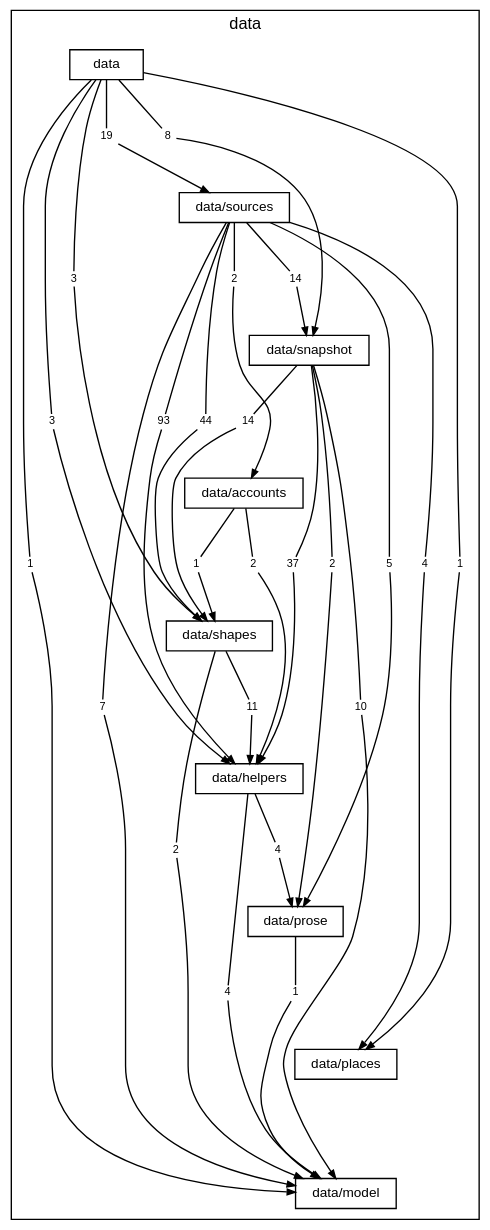
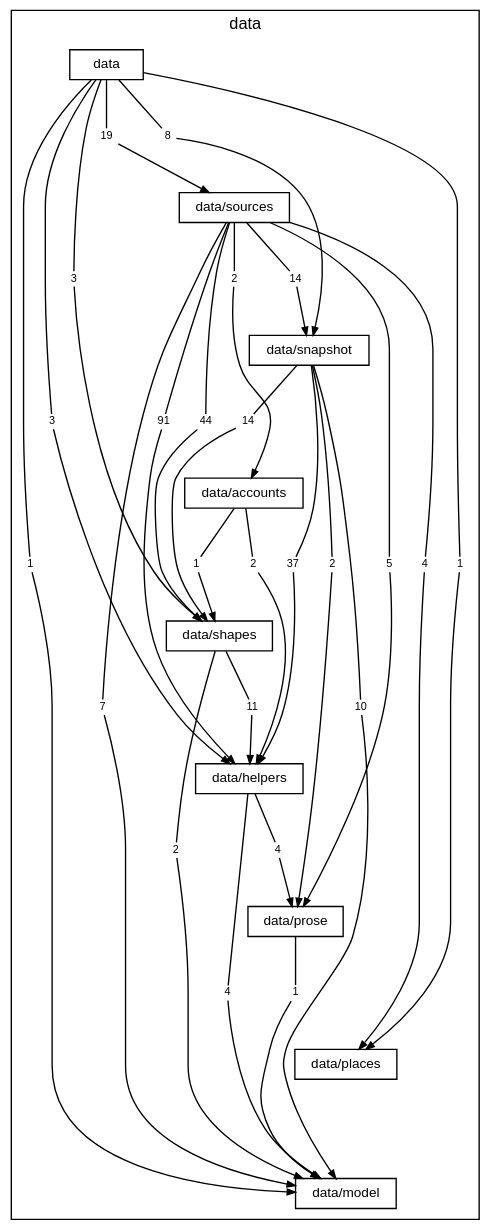
Before and after one commit to TheAxeC/oculus: the diagram in docs/diagrams/layer-data.dot, drawn with Graphviz. The commit also changed 35 other files, not shown here.

```diff
--- a/docs/diagrams/layer-data.dot
+++ b/docs/diagrams/layer-data.dot
@@ -1,97 +1,97 @@
 digraph layer_data {
     graph [bgcolor="transparent", rankdir=TB, newrank=true, mclimit=4, fontname="Helvetica", fontsize=12, nodesep=0.2, ranksep=0.5];
     node [shape=box, color="black", fontcolor="black", fontname="Helvetica", fontsize=10, height=0.3, margin="0.12,0.04"];
     edge [color="black", fontcolor="black", fontname="Helvetica", fontsize=8, arrowsize=0.6];
     subgraph "cluster_data" {
         label="data"; style=solid;
         "folder data" [label="data"];
         "folder data/sources" [label="data/sources"];
         "folder data/snapshot" [label="data/snapshot"];
         "folder data/accounts" [label="data/accounts"];
         "folder data/shapes" [label="data/shapes"];
         "folder data/helpers" [label="data/helpers"];
         "folder data/prose" [label="data/prose"];
         "folder data/places" [label="data/places"];
         "folder data/model" [label="data/model"];
         "folder data to folder data/helpers" [label="3", shape=box, color="transparent", fontsize=8, width=0, height=0, margin="0.04,0.02"];
         "folder data to folder data/model" [label="1", shape=box, color="transparent", fontsize=8, width=0, height=0, margin="0.04,0.02"];
         "folder data to folder data/places" [label="1", shape=box, color="transparent", fontsize=8, width=0, height=0, margin="0.04,0.02"];
         "folder data to folder data/shapes" [label="3", shape=box, color="transparent", fontsize=8, width=0, height=0, margin="0.04,0.02"];
         "folder data to folder data/snapshot" [label="8", shape=box, color="transparent", fontsize=8, width=0, height=0, margin="0.04,0.02"];
         "folder data to folder data/sources" [label="19", shape=box, color="transparent", fontsize=8, width=0, height=0, margin="0.04,0.02"];
         "folder data/sources to folder data/accounts" [label="2", shape=box, color="transparent", fontsize=8, width=0, height=0, margin="0.04,0.02"];
-        "folder data/sources to folder data/helpers" [label="93", shape=box, color="transparent", fontsize=8, width=0, height=0, margin="0.04,0.02"];
+        "folder data/sources to folder data/helpers" [label="91", shape=box, color="transparent", fontsize=8, width=0, height=0, margin="0.04,0.02"];
         "folder data/sources to folder data/model" [label="7", shape=box, color="transparent", fontsize=8, width=0, height=0, margin="0.04,0.02"];
         "folder data/sources to folder data/places" [label="4", shape=box, color="transparent", fontsize=8, width=0, height=0, margin="0.04,0.02"];
         "folder data/sources to folder data/prose" [label="5", shape=box, color="transparent", fontsize=8, width=0, height=0, margin="0.04,0.02"];
         "folder data/sources to folder data/shapes" [label="44", shape=box, color="transparent", fontsize=8, width=0, height=0, margin="0.04,0.02"];
         "folder data/sources to folder data/snapshot" [label="14", shape=box, color="transparent", fontsize=8, width=0, height=0, margin="0.04,0.02"];
         "folder data/snapshot to folder data/helpers" [label="37", shape=box, color="transparent", fontsize=8, width=0, height=0, margin="0.04,0.02"];
         "folder data/snapshot to folder data/model" [label="10", shape=box, color="transparent", fontsize=8, width=0, height=0, margin="0.04,0.02"];
         "folder data/snapshot to folder data/prose" [label="2", shape=box, color="transparent", fontsize=8, width=0, height=0, margin="0.04,0.02"];
         "folder data/snapshot to folder data/shapes" [label="14", shape=box, color="transparent", fontsize=8, width=0, height=0, margin="0.04,0.02"];
         "folder data/accounts to folder data/helpers" [label="2", shape=box, color="transparent", fontsize=8, width=0, height=0, margin="0.04,0.02"];
         "folder data/accounts to folder data/shapes" [label="1", shape=box, color="transparent", fontsize=8, width=0, height=0, margin="0.04,0.02"];
         "folder data/shapes to folder data/helpers" [label="11", shape=box, color="transparent", fontsize=8, width=0, height=0, margin="0.04,0.02"];
         "folder data/shapes to folder data/model" [label="2", shape=box, color="transparent", fontsize=8, width=0, height=0, margin="0.04,0.02"];
         "folder data/helpers to folder data/model" [label="4", shape=box, color="transparent", fontsize=8, width=0, height=0, margin="0.04,0.02"];
         "folder data/helpers to folder data/prose" [label="4", shape=box, color="transparent", fontsize=8, width=0, height=0, margin="0.04,0.02"];
         "folder data/prose to folder data/model" [label="1", shape=box, color="transparent", fontsize=8, width=0, height=0, margin="0.04,0.02"];
     }
     "folder data" -> "folder data/sources" [style=invis, weight=10, minlen=2];
     "folder data/sources" -> "folder data/snapshot" [style=invis, weight=10, minlen=2];
     "folder data/snapshot" -> "folder data/accounts" [style=invis, weight=10, minlen=2];
     "folder data/accounts" -> "folder data/shapes" [style=invis, weight=10, minlen=2];
     "folder data/shapes" -> "folder data/helpers" [style=invis, weight=10, minlen=2];
     "folder data/helpers" -> "folder data/prose" [style=invis, weight=10, minlen=2];
     "folder data/prose" -> "folder data/places" [style=invis, weight=10, minlen=2];
     "folder data/places" -> "folder data/model" [style=invis, weight=10, minlen=2];
     "folder data" -> "folder data to folder data/helpers" [arrowhead=none, minlen=5, weight=10];
     "folder data to folder data/helpers" -> "folder data/helpers" [];
     "folder data" -> "folder data to folder data/model" [arrowhead=none, minlen=7, weight=10];
     "folder data to folder data/model" -> "folder data/model" [];
     "folder data" -> "folder data to folder data/places" [arrowhead=none, minlen=7, weight=10];
     "folder data to folder data/places" -> "folder data/places" [];
     "folder data" -> "folder data to folder data/shapes" [arrowhead=none, minlen=3, weight=10];
     "folder data to folder data/shapes" -> "folder data/shapes" [];
     "folder data" -> "folder data to folder data/snapshot" [arrowhead=none, minlen=1, weight=10];
     "folder data to folder data/snapshot" -> "folder data/snapshot" [];
     "folder data" -> "folder data to folder data/sources" [arrowhead=none, minlen=1, weight=10];
     "folder data to folder data/sources" -> "folder data/sources" [];
     "folder data/sources" -> "folder data/sources to folder data/accounts" [arrowhead=none, minlen=1, weight=10];
     "folder data/sources to folder data/accounts" -> "folder data/accounts" [];
     "folder data/sources" -> "folder data/sources to folder data/helpers" [arrowhead=none, minlen=3, weight=10];
     "folder data/sources to folder data/helpers" -> "folder data/helpers" [];
     "folder data/sources" -> "folder data/sources to folder data/model" [arrowhead=none, minlen=7, weight=10];
     "folder data/sources to folder data/model" -> "folder data/model" [];
     "folder data/sources" -> "folder data/sources to folder data/places" [arrowhead=none, minlen=5, weight=10];
     "folder data/sources to folder data/places" -> "folder data/places" [];
     "folder data/sources" -> "folder data/sources to folder data/prose" [arrowhead=none, minlen=5, weight=10];
     "folder data/sources to folder data/prose" -> "folder data/prose" [];
     "folder data/sources" -> "folder data/sources to folder data/shapes" [arrowhead=none, minlen=3, weight=10];
     "folder data/sources to folder data/shapes" -> "folder data/shapes" [];
     "folder data/sources" -> "folder data/sources to folder data/snapshot" [arrowhead=none, minlen=1, weight=10];
     "folder data/sources to folder data/snapshot" -> "folder data/snapshot" [];
     "folder data/snapshot" -> "folder data/snapshot to folder data/helpers" [arrowhead=none, minlen=3, weight=10];
     "folder data/snapshot to folder data/helpers" -> "folder data/helpers" [];
     "folder data/snapshot" -> "folder data/snapshot to folder data/model" [arrowhead=none, minlen=5, weight=10];
     "folder data/snapshot to folder data/model" -> "folder data/model" [];
     "folder data/snapshot" -> "folder data/snapshot to folder data/prose" [arrowhead=none, minlen=3, weight=10];
     "folder data/snapshot to folder data/prose" -> "folder data/prose" [];
     "folder data/snapshot" -> "folder data/snapshot to folder data/shapes" [arrowhead=none, minlen=1, weight=10];
     "folder data/snapshot to folder data/shapes" -> "folder data/shapes" [];
     "folder data/accounts" -> "folder data/accounts to folder data/helpers" [arrowhead=none, minlen=1, weight=10];
     "folder data/accounts to folder data/helpers" -> "folder data/helpers" [];
     "folder data/accounts" -> "folder data/accounts to folder data/shapes" [arrowhead=none, minlen=1, weight=10];
     "folder data/accounts to folder data/shapes" -> "folder data/shapes" [];
     "folder data/shapes" -> "folder data/shapes to folder data/helpers" [arrowhead=none, minlen=1, weight=10];
     "folder data/shapes to folder data/helpers" -> "folder data/helpers" [];
     "folder data/shapes" -> "folder data/shapes to folder data/model" [arrowhead=none, minlen=3, weight=10];
     "folder data/shapes to folder data/model" -> "folder data/model" [];
     "folder data/helpers" -> "folder data/helpers to folder data/model" [arrowhead=none, minlen=3, weight=10];
     "folder data/helpers to folder data/model" -> "folder data/model" [];
     "folder data/helpers" -> "folder data/helpers to folder data/prose" [arrowhead=none, minlen=1, weight=10];
     "folder data/helpers to folder data/prose" -> "folder data/prose" [];
     "folder data/prose" -> "folder data/prose to folder data/model" [arrowhead=none, minlen=1, weight=10];
     "folder data/prose to folder data/model" -> "folder data/model" [];
 }
```
